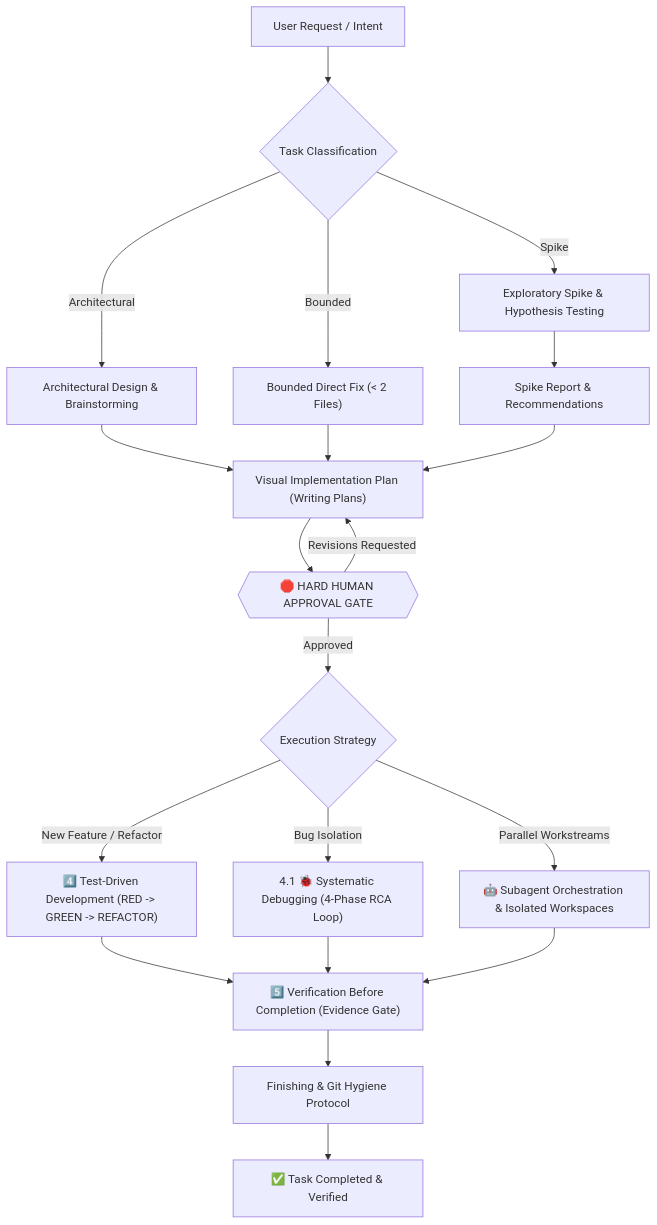
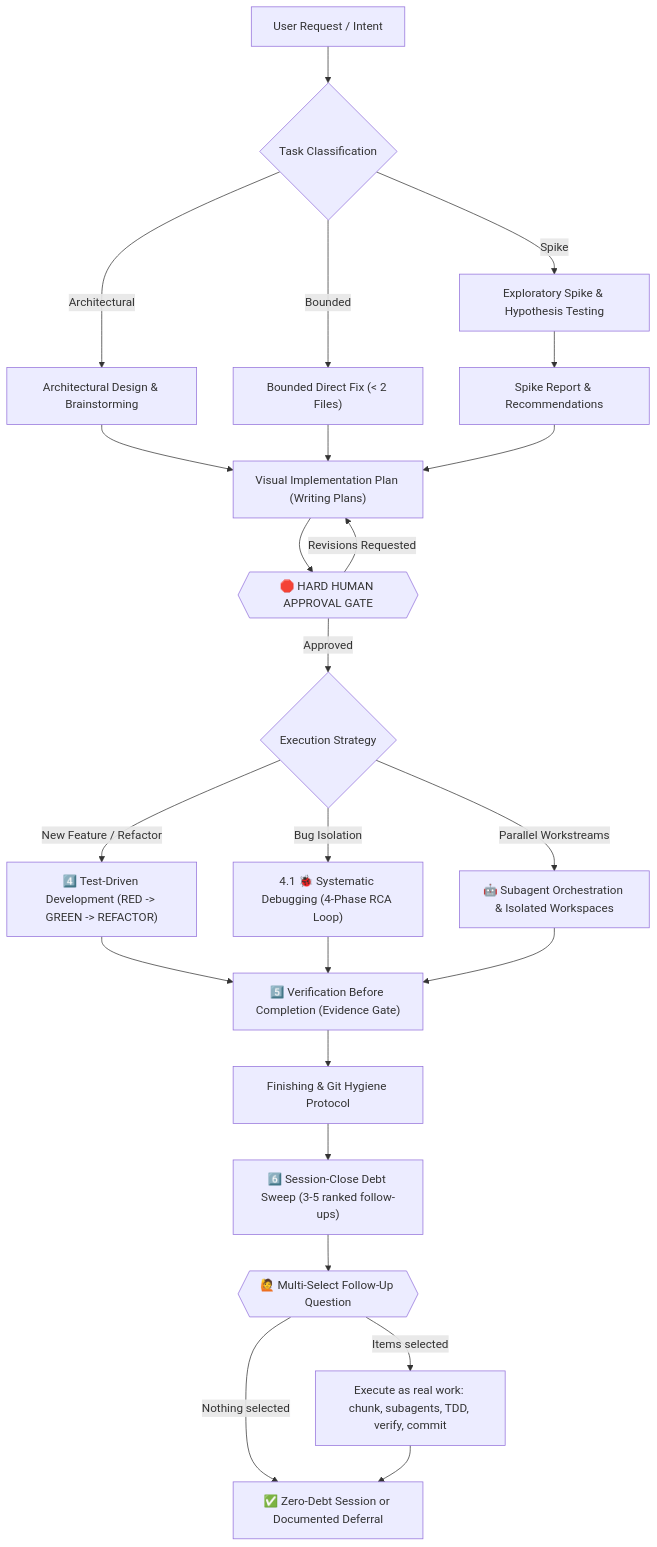
The diagram in README.md (belajarcarabelajar/ai-skills), drawn with Mermaid before and after one commit. The commit also changed other lines of this file and 5 other files, not shown here.

Commit message:
feat: add mandatory session-close debt sweep and follow-up question injection

````diff
--- a/README.md
+++ b/README.md
@@ -16,29 +18,33 @@
 ```mermaid
 flowchart TD
     Start["User Request / Intent"] --> Classify{"Task Classification"}
 
     Classify -->|Spike| PathSpike["Exploratory Spike & Hypothesis Testing"]
     Classify -->|Bounded| PathBounded["Bounded Direct Fix (< 2 Files)"]
     Classify -->|Architectural| PathArch["Architectural Design & Brainstorming"]
 
     PathSpike --> DesignReport["Spike Report & Recommendations"]
     PathArch --> WritePlan["Visual Implementation Plan (Writing Plans)"]
     PathBounded --> WritePlan
     DesignReport --> WritePlan
 
     WritePlan --> HardGate{{"🛑 HARD HUMAN APPROVAL GATE"}}
 
     HardGate -->|Revisions Requested| WritePlan
     HardGate -->|Approved| ExecRoute{"Execution Strategy"}
 
     ExecRoute -->|New Feature / Refactor| TDD["4️⃣ Test-Driven Development (RED -> GREEN -> REFACTOR)"]
     ExecRoute -->|Bug Isolation| Debug["4.1 🐞 Systematic Debugging (4-Phase RCA Loop)"]
     ExecRoute -->|Parallel Workstreams| Subagents["🤖 Subagent Orchestration & Isolated Workspaces"]
 
     TDD --> VerifyGate
     Debug --> VerifyGate
     Subagents --> VerifyGate
 
     VerifyGate["5️⃣ Verification Before Completion (Evidence Gate)"] --> GitHygiene["Finishing & Git Hygiene Protocol"]
-    GitHygiene --> Done["✅ Task Completed & Verified"]
+    GitHygiene --> DebtSweep["6️⃣ Session-Close Debt Sweep (3-5 ranked follow-ups)"]
+    DebtSweep --> AskGate{{"🙋 Multi-Select Follow-Up Question"}}
+    AskGate -->|Items selected| SweepFix["Execute as real work: chunk, subagents, TDD, verify, commit"]
+    AskGate -->|Nothing selected| Done["✅ Zero-Debt Session or Documented Deferral"]
+    SweepFix --> Done
 ```
````
